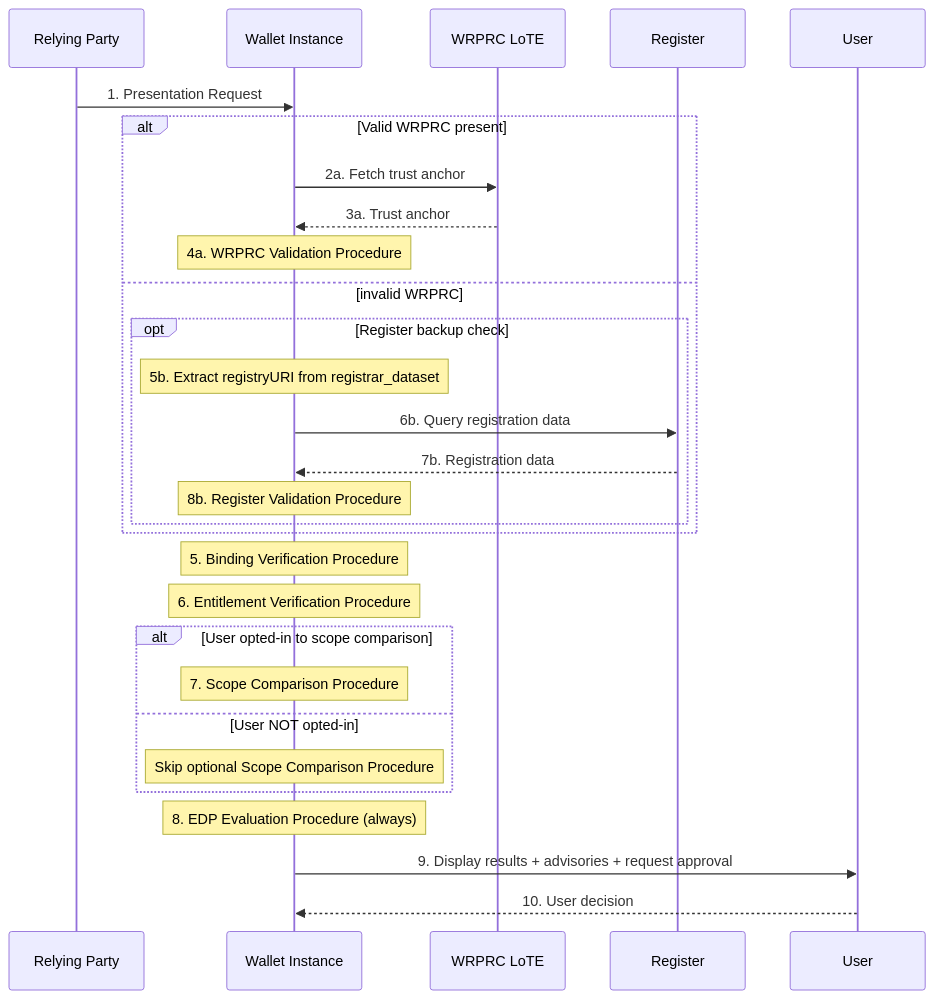
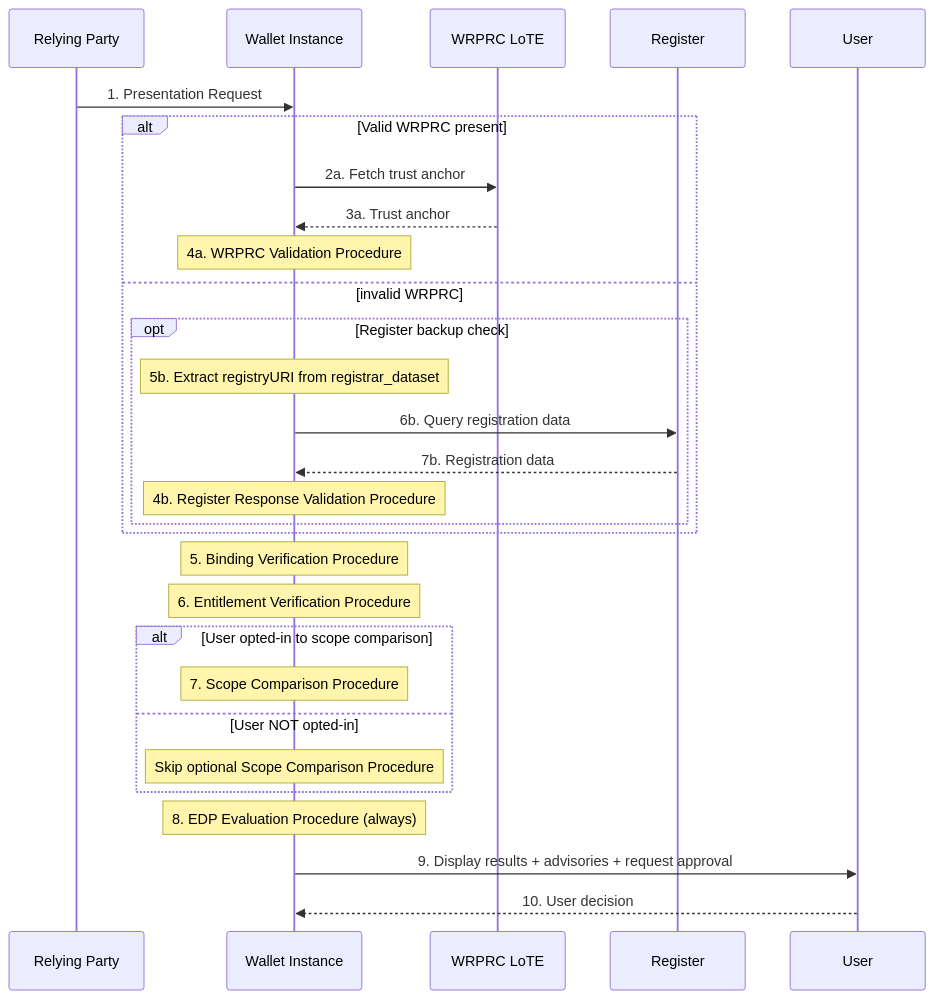
One commit to APTITUDE-Consortium/wp2-trust-specifications changed the third of 4 diagrams in docs/topics/authorization-process.md. Above: the diagram before and after it, drawn with Mermaid. The commit also changed other lines of this file, not shown here.

````diff
--- a/docs/topics/authorization-process.md
+++ b/docs/topics/authorization-process.md
@@ -473,35 +475,35 @@
 ```mermaid
 sequenceDiagram
     %%autonumber
     participant RP as Relying Party
     participant WI as Wallet Instance
     participant TL as WRPRC LoTE
     participant Reg as Register
     participant User
 
     RP->>WI: 1. Presentation Request
 
     alt Valid WRPRC present
         WI->>TL: 2a. Fetch trust anchor
         TL-->>WI: 3a. Trust anchor
         Note over WI: 4a. WRPRC Validation Procedure
     else invalid WRPRC
         opt Register backup check
             Note over WI: 5b. Extract registryURI from registrar_dataset
             WI->>Reg: 6b. Query registration data
             Reg-->>WI: 7b. Registration data
-            Note over WI: 8b. Register Validation Procedure
+            Note over WI: 4b. Register Response Validation Procedure
         end
     end
     Note over WI: 5. Binding Verification Procedure
     Note over WI: 6. Entitlement Verification Procedure
     alt User opted-in to scope comparison
         Note over WI: 7. Scope Comparison Procedure
     else User NOT opted-in
         Note over WI: Skip optional Scope Comparison Procedure
     end
 
     Note over WI: 8. EDP Evaluation Procedure (always)
     WI->>User: 9. Display results + advisories + request approval
     User-->>WI: 10. User decision
 ```
````
